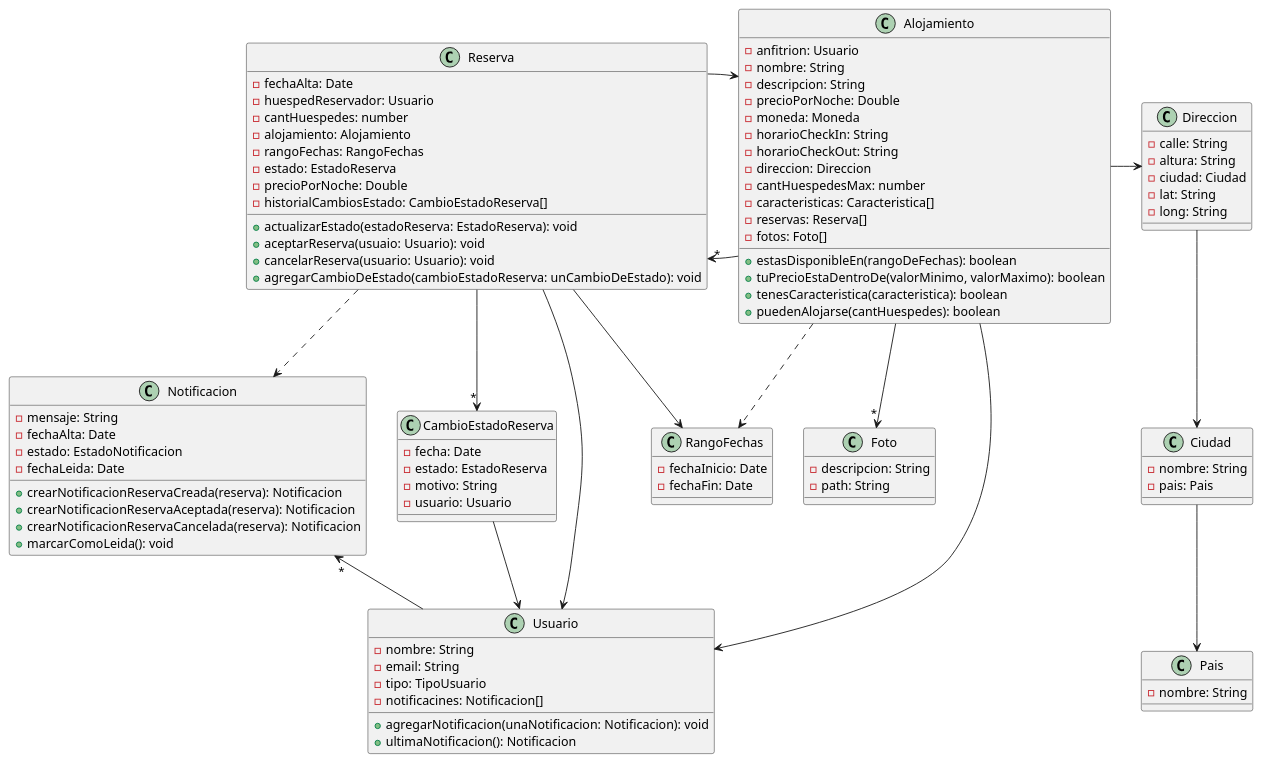
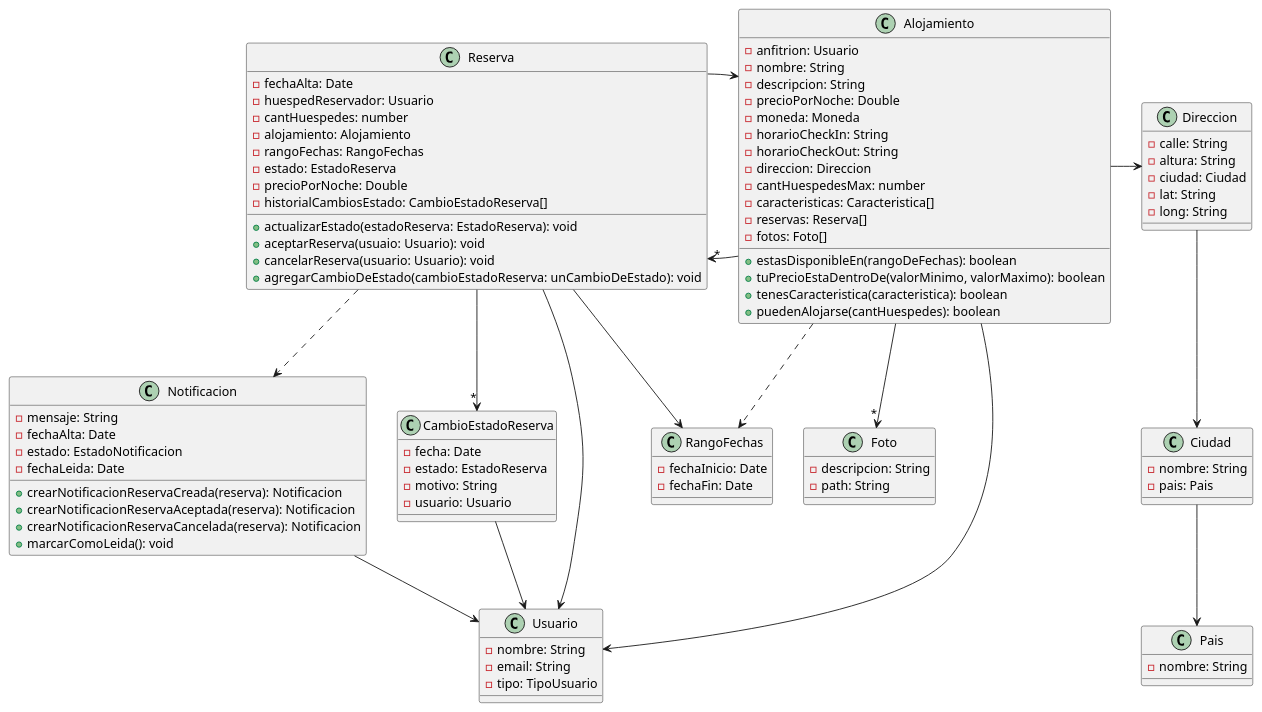
Before and after one commit to lrizzitano/TP-DdS-2025-1C-Birbnb: the diagram in diagrama-clases.plantuml, drawn with PlantUML. The commit also changed 1 other file, not shown here.

Commit message:
actualizo diagrama de clases

```diff
--- a/diagrama-clases.plantuml
+++ b/diagrama-clases.plantuml
@@ -1,115 +1,111 @@
 @startuml birbnb
 
 class Alojamiento {
   - anfitrion: Usuario
   - nombre: String
   - descripcion: String
   - precioPorNoche: Double
   - moneda: Moneda
   - horarioCheckIn: String
   - horarioCheckOut: String
   - direccion: Direccion
   - cantHuespedesMax: number
   - caracteristicas: Caracteristica[]
   - reservas: Reserva[]
   - fotos: Foto[]
 
   + estasDisponibleEn(rangoDeFechas): boolean
   + tuPrecioEstaDentroDe(valorMinimo, valorMaximo): boolean
   + tenesCaracteristica(caracteristica): boolean
   + puedenAlojarse(cantHuespedes): boolean
 }
 
 class Foto {
   - descripcion: String
   - path: String
 }
 
 class Direccion {
   - calle: String
   - altura: String
   - ciudad: Ciudad
   - lat: String
   - long: String
 }
 
 class Ciudad {
   - nombre: String
   - pais: Pais
 }
 
 class Pais {
   - nombre: String
 }
 
 class RangoFechas {
   - fechaInicio: Date
   - fechaFin: Date
 }
 
 class Reserva {
   - fechaAlta: Date
   - huespedReservador: Usuario
   - cantHuespedes: number
   - alojamiento: Alojamiento
   - rangoFechas: RangoFechas
   - estado: EstadoReserva
   - precioPorNoche: Double
   - historialCambiosEstado: CambioEstadoReserva[]
 
   + actualizarEstado(estadoReserva: EstadoReserva): void
   + aceptarReserva(usuaio: Usuario): void
   + cancelarReserva(usuario: Usuario): void
   + agregarCambioDeEstado(cambioEstadoReserva: unCambioDeEstado): void
 }
 
 class CambioEstadoReserva {
   - fecha: Date
   - estado: EstadoReserva
   - motivo: String
   - usuario: Usuario
 }
 
 class Notificacion {
   - mensaje: String
   - fechaAlta: Date
   - estado: EstadoNotificacion
   - fechaLeida: Date
 
   + crearNotificacionReservaCreada(reserva): Notificacion
   + crearNotificacionReservaAceptada(reserva): Notificacion
   + crearNotificacionReservaCancelada(reserva): Notificacion
   + marcarComoLeida(): void
 }
 
 class Usuario {
   - nombre: String
   - email: String
   - tipo: TipoUsuario
-  - notificacines: Notificacion[]
-
-  + agregarNotificacion(unaNotificacion: Notificacion): void
-  + ultimaNotificacion(): Notificacion
 }
 
 Alojamiento -> Direccion
 Alojamiento -->"*" Foto
 Alojamiento --> Usuario
 Alojamiento ..> RangoFechas
 Alojamiento -l->"*" Reserva
 
 Reserva -r-> Alojamiento
 Reserva -l-> RangoFechas
 Reserva --> Usuario
 Reserva -->"*" CambioEstadoReserva
 
 Direccion --> Ciudad
 Ciudad --> Pais
 
 CambioEstadoReserva --> Usuario
 
-Usuario -u->"*" Notificacion
+Usuario <-u- Notificacion
 
 Reserva .d.> Notificacion
 
 @enduml
```
